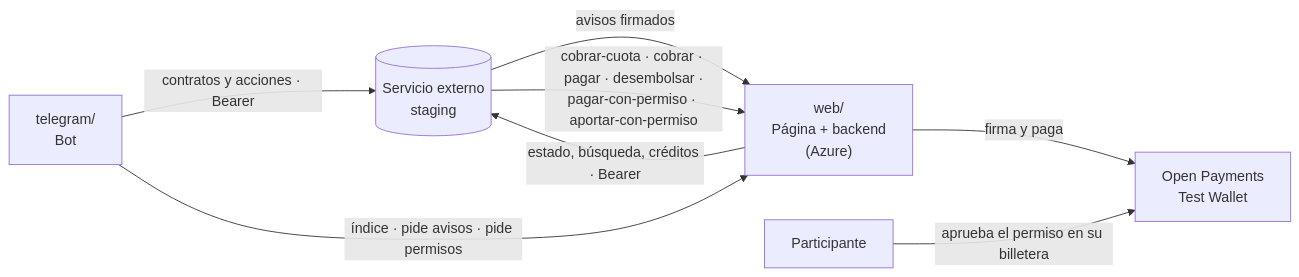
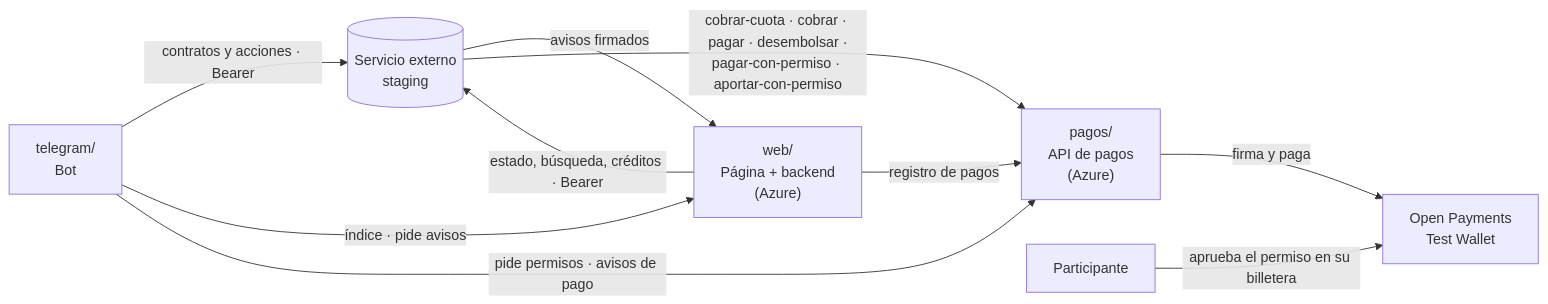
One commit to fintechfy-dev/openpayments-fintechfy changed the diagram in integracion/README.md. Above: the diagram before and after it, drawn with Mermaid. The commit also changed other lines of this file and 9 other files, not shown here.

First line of the commit message:
#4: mapas alineados con la API de pagos en pagos/

````diff
--- a/integracion/README.md
+++ b/integracion/README.md
@@ -12,10 +13,12 @@
 ```mermaid
 flowchart LR
   BOT["telegram/<br/>Bot"] -->|contratos y acciones · Bearer| EXT[("Servicio externo<br/>staging")]
   WEB["web/<br/>Página + backend<br/>(Azure)"] -->|estado, búsqueda, créditos · Bearer| EXT
   EXT -->|avisos firmados| WEB
-  BOT -->|índice · pide avisos · pide permisos| WEB
-  EXT -->|cobrar-cuota · cobrar · pagar · desembolsar ·<br/>pagar-con-permiso · aportar-con-permiso| WEB
-  WEB -->|firma y paga| OP["Open Payments<br/>Test Wallet"]
+  BOT -->|índice · pide avisos| WEB
+  EXT -->|cobrar-cuota · cobrar · pagar · desembolsar ·<br/>pagar-con-permiso · aportar-con-permiso| PAG["pagos/<br/>API de pagos<br/>(Azure)"]
+  BOT -->|pide permisos · avisos de pago| PAG
+  WEB -->|registro de pagos| PAG
+  PAG -->|firma y paga| OP["Open Payments<br/>Test Wallet"]
   P["Participante"] -->|aprueba el permiso en su billetera| OP
 ```
````
